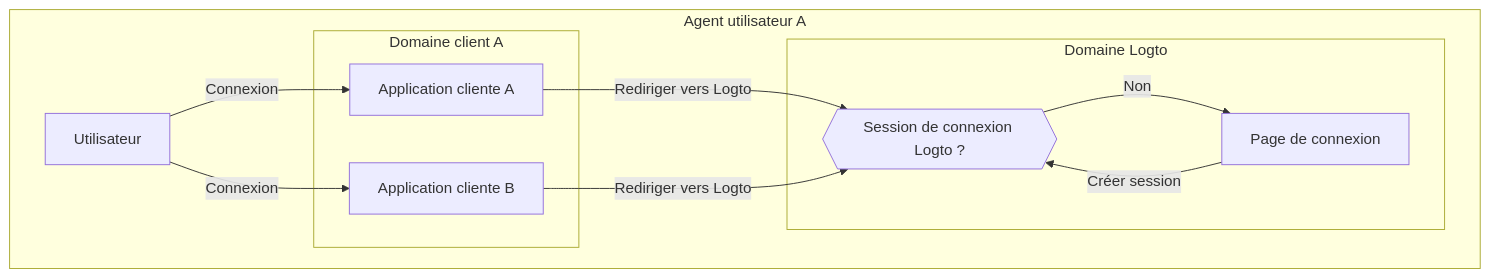
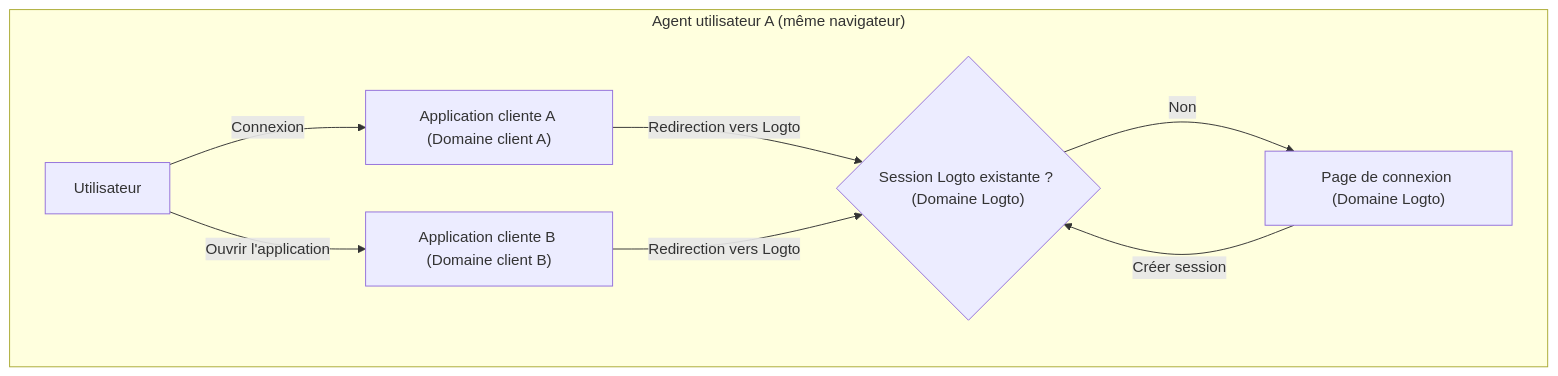
Before and after one commit to logto-io/docs: the third of 5 diagrams in i18n/fr/docusaurus-plugin-content-docs/current/end-user-flows/sign-out.mdx, drawn with Mermaid. The commit also changed other lines of this file and 74 other files, not shown here.

````diff
--- a/i18n/fr/docusaurus-plugin-content-docs/current/end-user-flows/sign-out.mdx
+++ b/i18n/fr/docusaurus-plugin-content-docs/current/end-user-flows/sign-out.mdx
@@ -59,26 +93,23 @@
-   ```mermaid
-    flowchart TD
-    subgraph Utilisateur [Agent utilisateur A]
-      U[Utilisateur]
+```mermaid
+flowchart TD
+  U[Utilisateur]
+  A["Application cliente A (Domaine client A)"]
+  B["Application cliente B (Domaine client B)"]
+  C{"Session Logto existante ? (Domaine Logto)"}
+  D["Page de connexion (Domaine Logto)"]
 
-      subgraph Layer1 [Domaine client A]
-        A[Application cliente A]
-      end
+  subgraph UA["Agent utilisateur A (même navigateur)"]
+    U
+    A
+    B
+    C
+    D
+  end
 
-      subgraph Layer1 [Domaine client B]
-        B[Application cliente B]
-      end
-
-      subgraph Layer2 [Domaine Logto]
-          C{{Session de connexion Logto ?}}
-          D[Page de connexion]
-      end
-    end
-
-    U --> |Connexion| A
-    A --> |Rediriger vers Logto| C
-    U --> |Connexion| B
-    B --> |Rediriger vers Logto| C
-    C --> |Non| D
-    D --> |Créer session| C
-   ```
+  U -->|Connexion| A
+  A -->|Redirection vers Logto| C
+  U -->|Ouvrir l'application| B
+  B -->|Redirection vers Logto| C
+  C -->|Non| D
+  D -->|Créer session| C
+```
````
